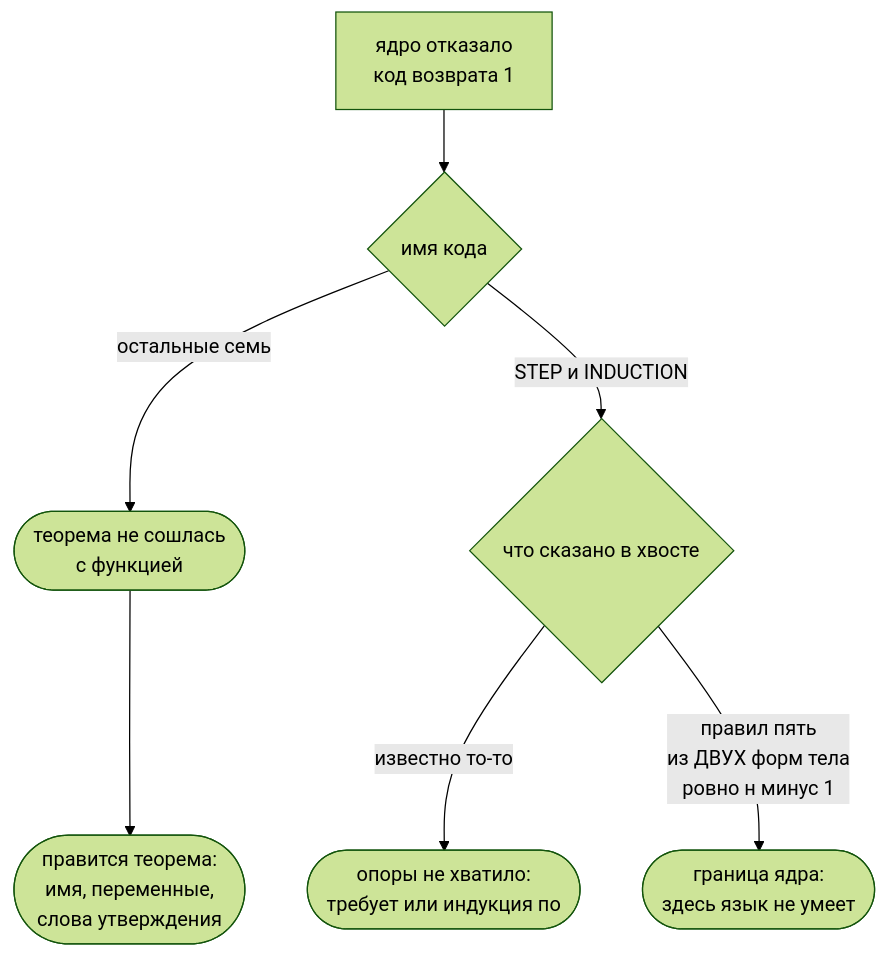
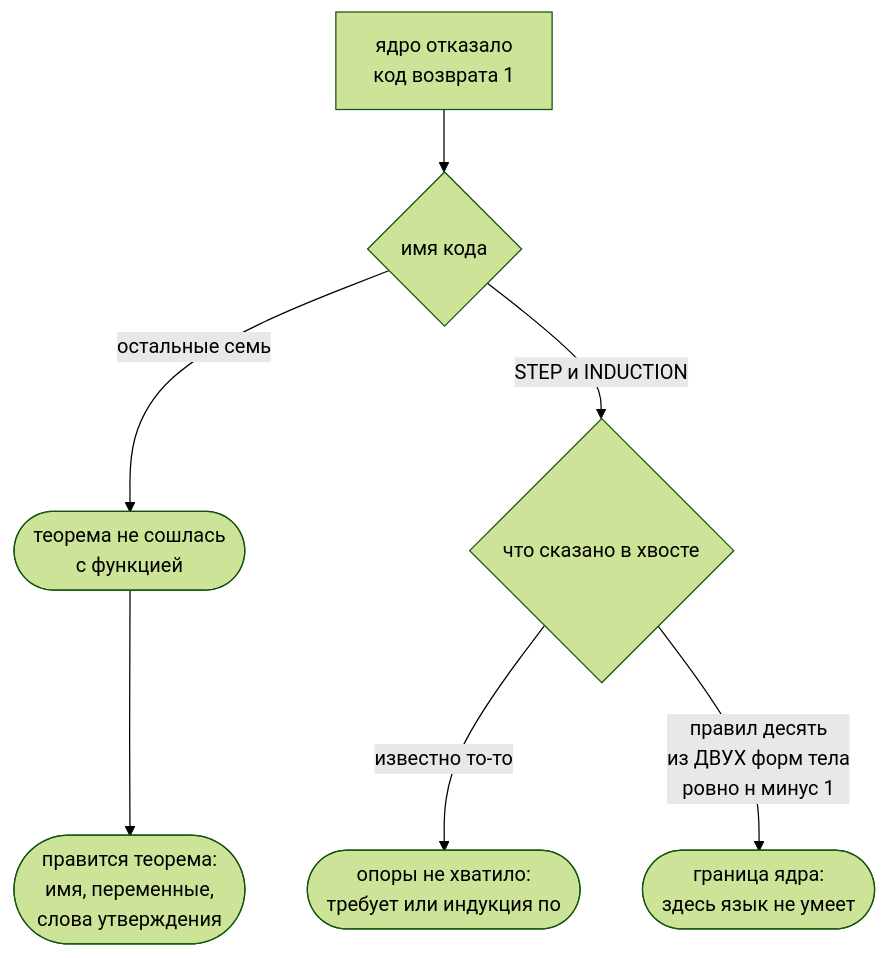
Before and after one commit to digitable-lol/flang: the diagram in docs/site/proof-refused.ru.md, drawn with Mermaid (forest theme). The commit also changed other lines of this file and 65 other files, not shown here.

````diff
--- a/docs/site/proof-refused.ru.md
+++ b/docs/site/proof-refused.ru.md
@@ -83,12 +84,12 @@
 ```mermaid Отказ ядра: где чинить
 flowchart TD
   A[ядро отказало<br>код возврата 1] --> B{имя кода}
   B -->|остальные семь| C([теорема не сошлась<br>с функцией])
   B -->|STEP и INDUCTION| D{что сказано в хвосте}
   C --> G([правится теорема:<br>имя, переменные,<br>слова утверждения])
   D -->|известно то-то| E([опоры не хватило:<br>требует или индукция по])
-  D -->|правил пять<br>из ДВУХ форм тела<br>ровно н минус 1| F([граница ядра:<br>здесь язык не умеет])
+  D -->|правил десять<br>из ДВУХ форм тела<br>ровно н минус 1| F([граница ядра:<br>здесь язык не умеет])
   class G vyvod
   class E glavnoe
   class F otkaz
 ```
````
